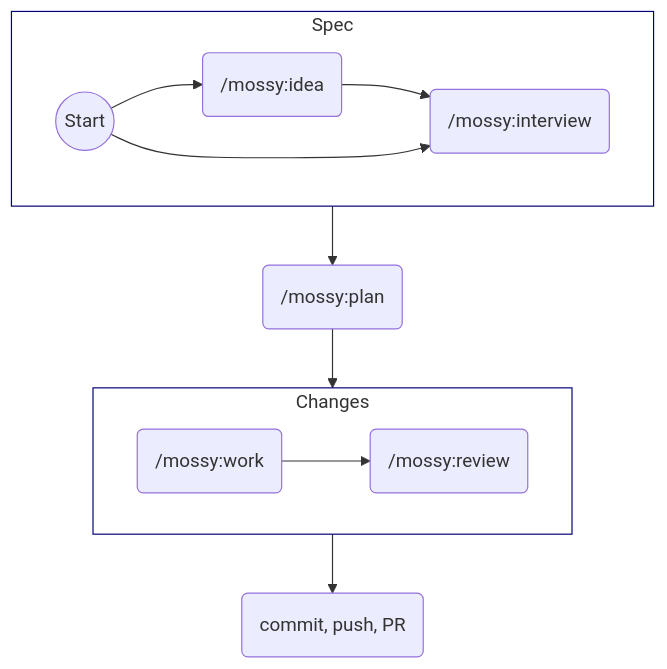
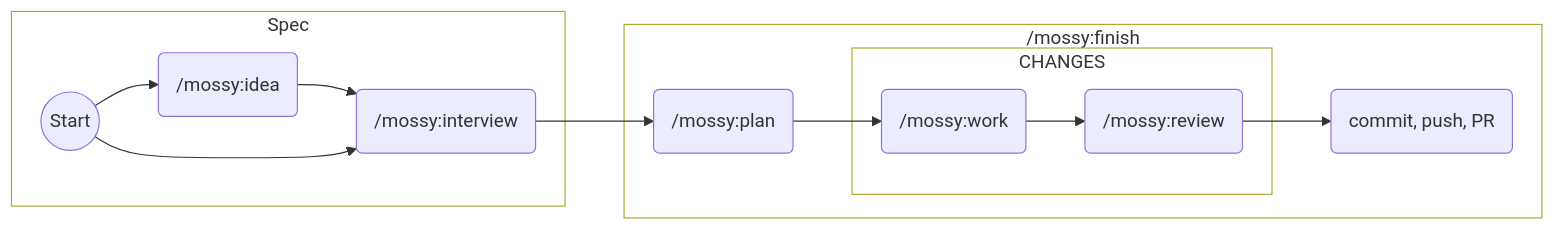
Before and after one commit to MossySlackAI/mossy-slop: the diagram in README.md, drawn with Mermaid. The commit also changed other lines of this file, not shown here.

Commit message:
Document upcoming feature

````diff
--- a/README.md
+++ b/README.md
@@ -25,25 +25,28 @@
 ```mermaid
 
-flowchart TD
-    subgraph Spec
+flowchart LR
+    subgraph SPEC[Spec]
         START((Start)) -->
         IDEA(/mossy:idea) -->
         INTERVIEW(/mossy:interview)
     end
 
-    subgraph Changes
-        WORK(/mossy:work) -->
-        REVIEW(/mossy:review)
+    subgraph FINISH[ /mossy:finish]
+        subgraph CHANGES
+            WORK(/mossy:work) -->
+            REVIEW(/mossy:review)
+        end
+
+        PLAN(/mossy:plan) -->
+        WORK
+
+        REVIEW -->
+        COMMIT(commit, push, PR)
     end
 
-    Spec -->
-    PLAN(/mossy:plan) -->
-    Changes -->
-    FINISH(commit, push, PR)
+    START --> INTERVIEW --> PLAN
 
-    START --> INTERVIEW
-
-    class Changes,Spec sub
-    classDef sub fill:none,stroke:#007
+    class CHANGES,SPEC,FINISH sub
+    classDef sub fill:none
  
 ```
````
